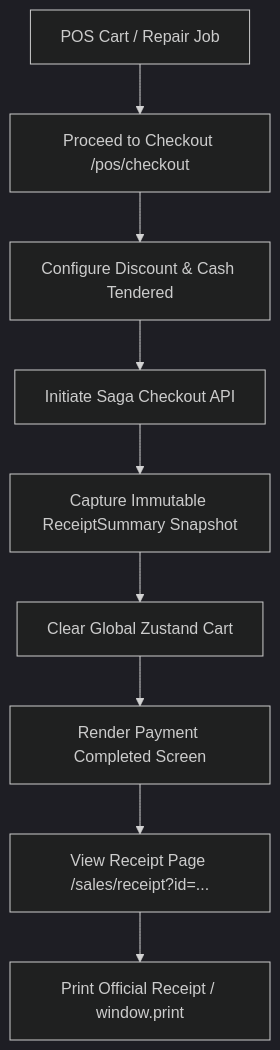
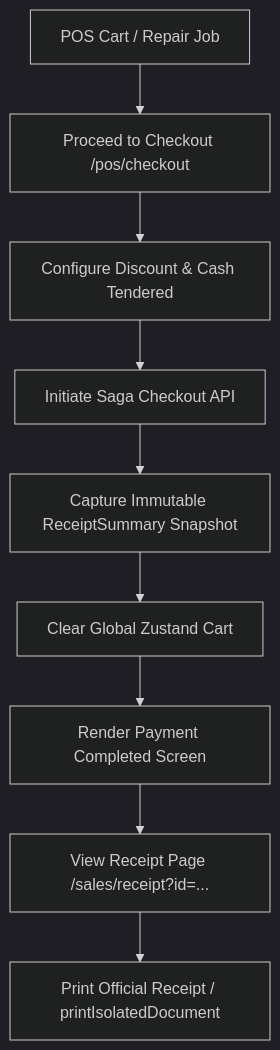
One commit to Baratetz123456/motorcycle-shop-management-system changed the diagram in .agents/skills/pos-checkout-and-receipts/SKILL.md. Above: the diagram before and after it, drawn with Mermaid (dark theme). The commit also changed 20 other files, not shown here.

````diff
--- a/.agents/skills/pos-checkout-and-receipts/SKILL.md
+++ b/.agents/skills/pos-checkout-and-receipts/SKILL.md
@@ -12,11 +12,11 @@
 ```mermaid
 flowchart TD
     A[POS Cart / Repair Job] --> B[Proceed to Checkout /pos/checkout]
     B --> C[Configure Discount & Cash Tendered]
     C --> D[Initiate Saga Checkout API]
     D --> E[Capture Immutable ReceiptSummary Snapshot]
     E --> F[Clear Global Zustand Cart]
     F --> G[Render Payment Completed Screen]
     G --> H[View Receipt Page /sales/receipt?id=...]
-    H --> I[Print Official Receipt / window.print]
+    H --> I[Print Official Receipt / printIsolatedDocument]
 ```
````
